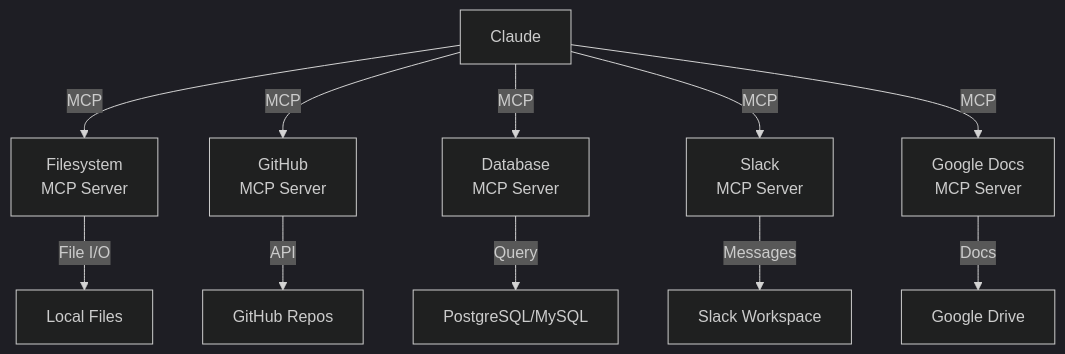
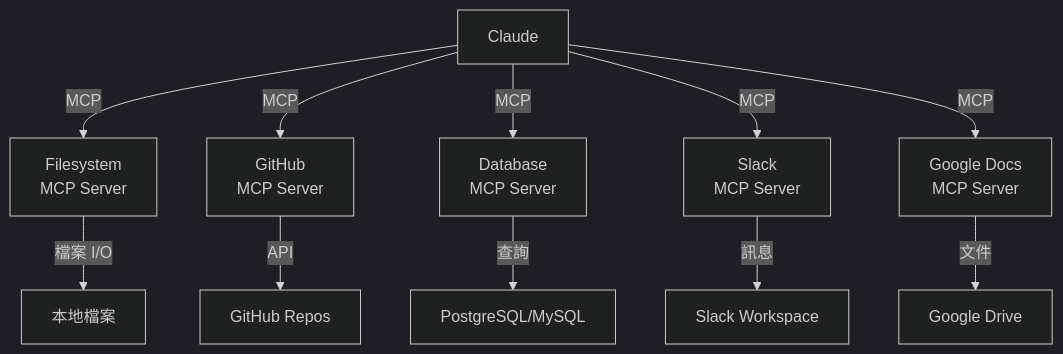
One commit to huckly/claude-howto-zh-tw changed diagram 13 of 31 in claude_concepts_guide.md. Above: the diagram before and after it, drawn with Mermaid (dark theme). The commit also changed other lines of this file and 12 other files, not shown here.

````diff
--- a/claude_concepts_guide.md
+++ b/claude_concepts_guide.md
@@ -971,14 +971,14 @@
 ```mermaid
 graph TB
     A["Claude"] -->|MCP| B["Filesystem<br/>MCP Server"]
     A -->|MCP| C["GitHub<br/>MCP Server"]
     A -->|MCP| D["Database<br/>MCP Server"]
     A -->|MCP| E["Slack<br/>MCP Server"]
     A -->|MCP| F["Google Docs<br/>MCP Server"]
 
-    B -->|File I/O| G["Local Files"]
+    B -->|檔案 I/O| G["本地檔案"]
     C -->|API| H["GitHub Repos"]
-    D -->|Query| I["PostgreSQL/MySQL"]
-    E -->|Messages| J["Slack Workspace"]
-    F -->|Docs| K["Google Drive"]
+    D -->|查詢| I["PostgreSQL/MySQL"]
+    E -->|訊息| J["Slack Workspace"]
+    F -->|文件| K["Google Drive"]
 ```
````
